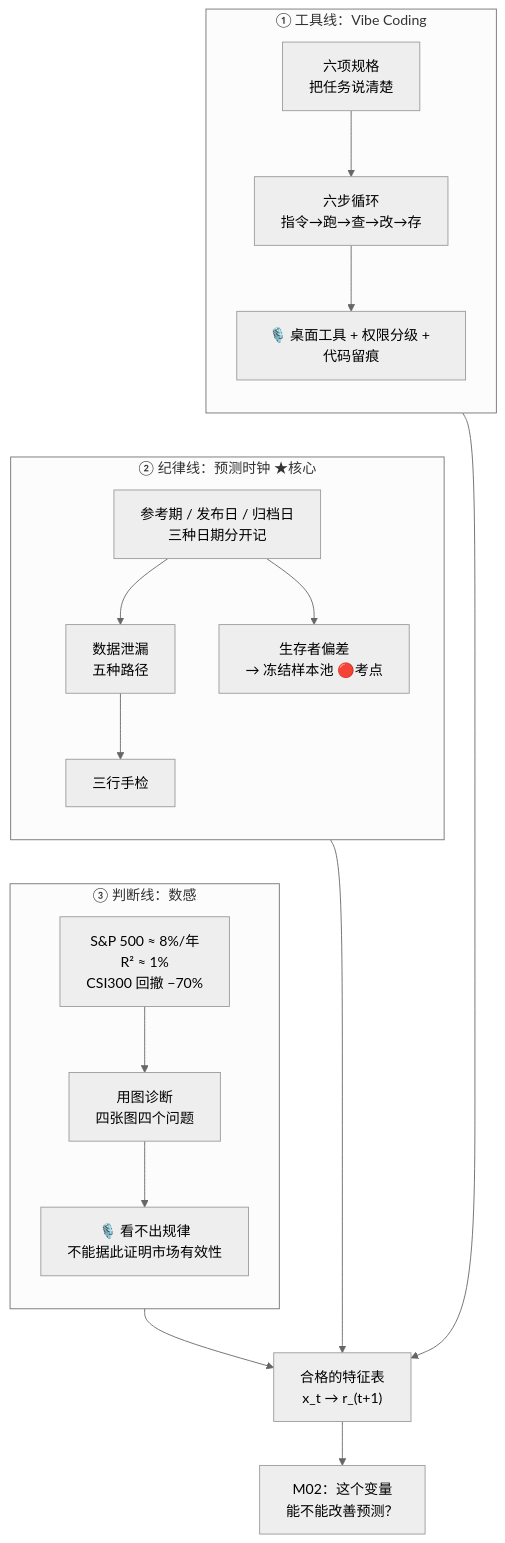
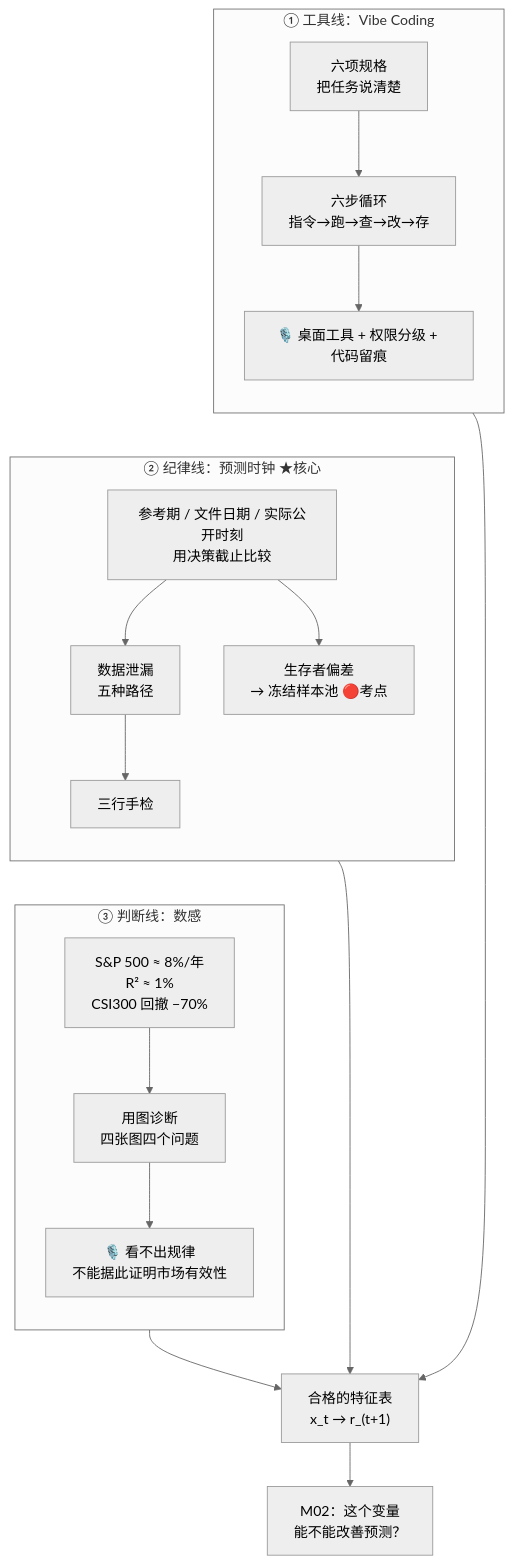
Before and after one commit to CercaTrovato/cityu-ai-course-notes: the tenth of 11 diagrams in EF5560_Fintech_and_AI_in_Finance/notes/M01-金融数据与Vibe-Coding.md, drawn with Mermaid (neutral theme). The commit also changed other lines of this file and 2300 other files, not shown here.

First line of the commit message:
完善五课程逐页学习笔记、课件原图与修补规范

````diff
--- a/EF5560_Fintech_and_AI_in_Finance/notes/M01-金融数据与Vibe-Coding.md
+++ b/EF5560_Fintech_and_AI_in_Finance/notes/M01-金融数据与Vibe-Coding.md
@@ -1933,25 +2438,25 @@
 ```mermaid
 flowchart TD
     subgraph L1["① 工具线：Vibe Coding"]
         direction TB
         A1["六项规格<br/>把任务说清楚"] --> A2["六步循环<br/>指令→跑→查→改→存"]
         A2 --> A3["🎙️ 桌面工具 + 权限分级 + 代码留痕"]
     end
     subgraph L2["② 纪律线：预测时钟 ★核心"]
         direction TB
-        B1["参考期 / 发布日 / 归档日<br/>三种日期分开记"] --> B2["数据泄漏<br/>五种路径"]
+        B1["参考期 / 文件日期 / 实际公开时刻<br/>用决策截止比较"] --> B2["数据泄漏<br/>五种路径"]
         B2 --> B3["三行手检"]
         B1 --> B4["生存者偏差<br/>→ 冻结样本池 🔴考点"]
     end
     subgraph L3["③ 判断线：数感"]
         direction TB
         C1["S&P 500 ≈ 8%/年<br/>R² ≈ 1%<br/>CSI300 回撤 −70%"] --> C2["用图诊断<br/>四张图四个问题"]
         C2 --> C3["🎙️ 看不出规律<br/>不能据此证明市场有效性"]
     end
     A3 ~~~ B1
     B3 ~~~ C1
     L1 --> D["合格的特征表<br/>x_t → r_(t+1)"]
     L2 --> D
     L3 --> D
     D --> E["M02：这个变量<br/>能不能改善预测？"]
 ```
````
